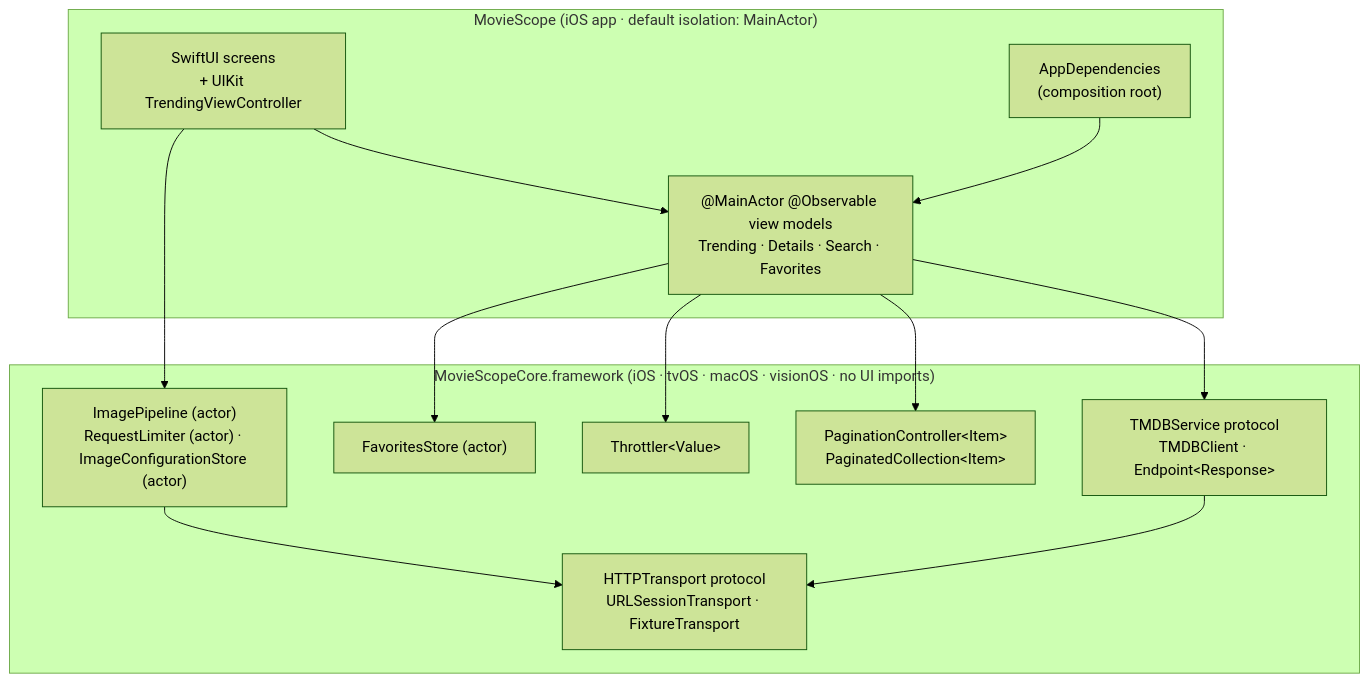
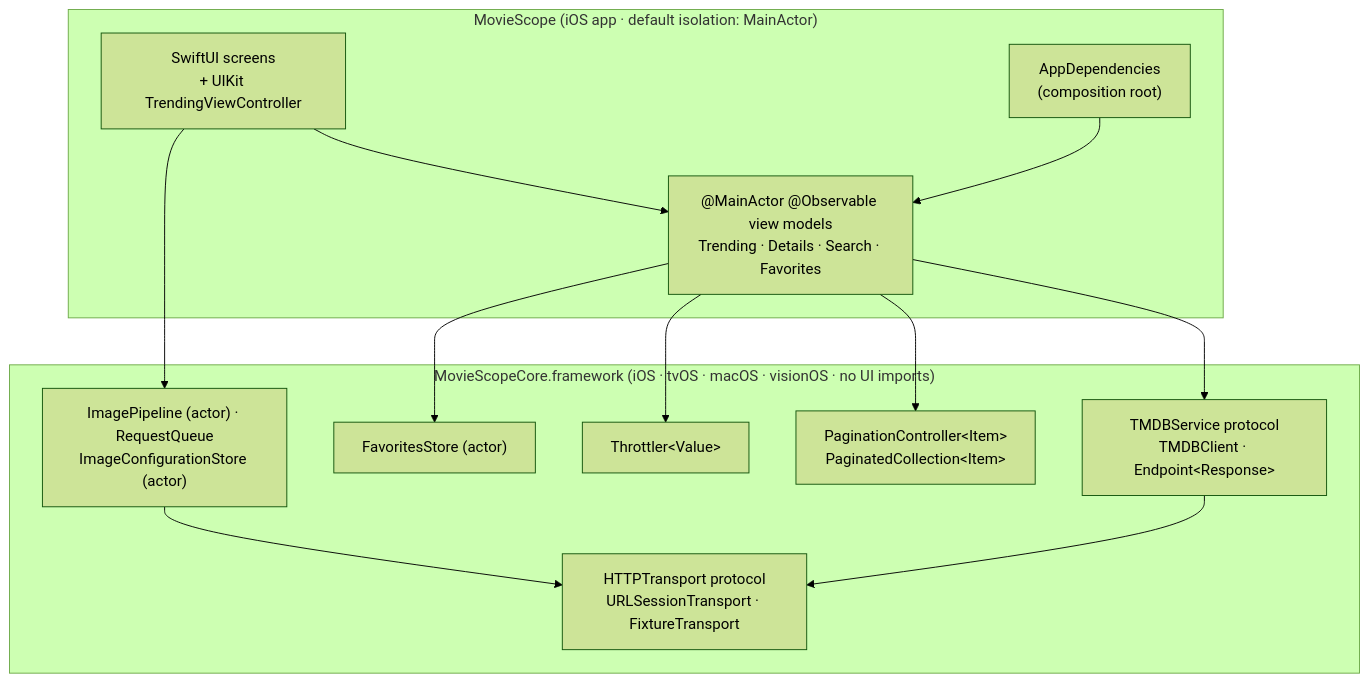
Before and after one commit to minchevskis/MovieScope: the diagram in README.md, drawn with Mermaid (forest theme). The commit also changed other lines of this file and 2 other files, not shown here.

````diff
--- a/README.md
+++ b/README.md
@@ -66,25 +66,25 @@
 ```mermaid
 flowchart TB
     subgraph App["MovieScope (iOS app · default isolation: MainActor)"]
         Views["SwiftUI screens<br/>+ UIKit TrendingViewController"]
         VMs["@MainActor @Observable view models<br/>Trending · Details · Search · Favorites"]
         Root["AppDependencies<br/>(composition root)"]
         Views --> VMs
         Root --> VMs
     end
     subgraph Core["MovieScopeCore.framework (iOS · tvOS · macOS · visionOS · no UI imports)"]
         Service["TMDBService protocol<br/>TMDBClient · Endpoint&lt;Response&gt;"]
         Transport["HTTPTransport protocol<br/>URLSessionTransport · FixtureTransport"]
         Pagination["PaginationController&lt;Item&gt;<br/>PaginatedCollection&lt;Item&gt;"]
         Throttle["Throttler&lt;Value&gt;"]
-        Images["ImagePipeline (actor)<br/>RequestLimiter (actor) · ImageConfigurationStore (actor)"]
+        Images["ImagePipeline (actor) · RequestQueue<br/>ImageConfigurationStore (actor)"]
         Favorites["FavoritesStore (actor)"]
         Service --> Transport
         Images --> Transport
     end
     VMs --> Service
     VMs --> Pagination
     VMs --> Throttle
     VMs --> Favorites
     Views --> Images
 ```
````
